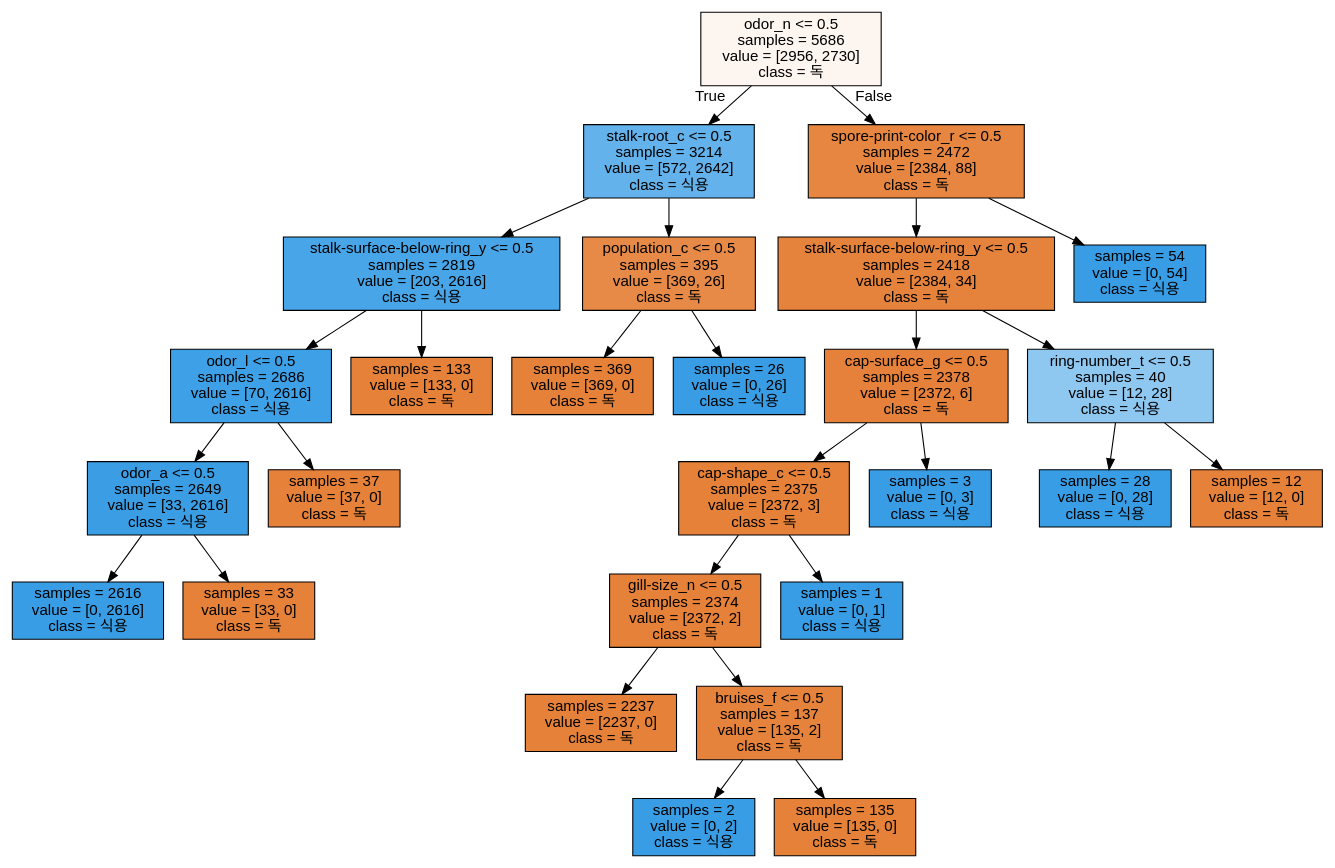
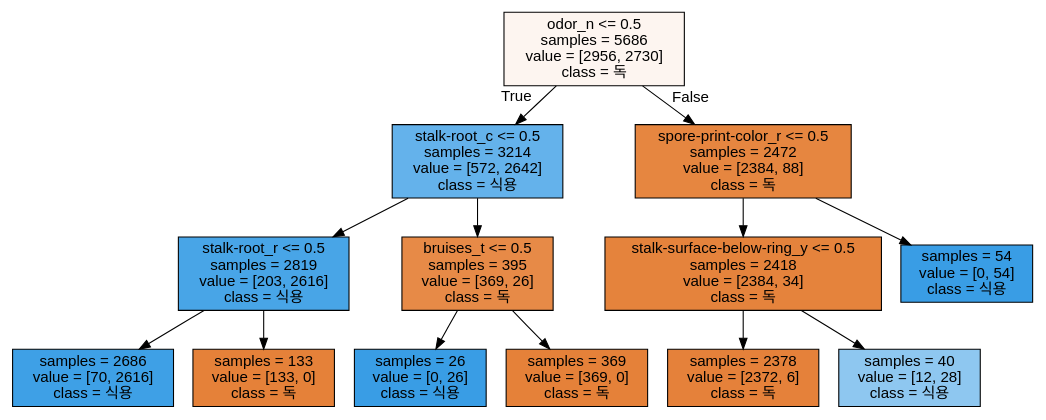
The diagram in tree.dot (yj901010/machineLearning), drawn with Graphviz before and after one commit. The commit also changed 7 other files, not shown here.

```diff
--- a/tree.dot
+++ b/tree.dot
@@ -1,57 +1,29 @@
 digraph Tree {
 node [shape=box, style="filled", color="black", fontname="helvetica"] ;
 edge [fontname="helvetica"] ;
 0 [label="odor_n <= 0.5\nsamples = 5686\nvalue = [2956, 2730]\nclass = 독", fillcolor="#fdf5f0"] ;
 1 [label="stalk-root_c <= 0.5\nsamples = 3214\nvalue = [572, 2642]\nclass = 식용", fillcolor="#64b2eb"] ;
 0 -> 1 [labeldistance=2.5, labelangle=45, headlabel="True"] ;
-2 [label="stalk-surface-below-ring_y <= 0.5\nsamples = 2819\nvalue = [203, 2616]\nclass = 식용", fillcolor="#48a5e7"] ;
+2 [label="stalk-root_r <= 0.5\nsamples = 2819\nvalue = [203, 2616]\nclass = 식용", fillcolor="#48a5e7"] ;
 1 -> 2 ;
-3 [label="odor_l <= 0.5\nsamples = 2686\nvalue = [70, 2616]\nclass = 식용", fillcolor="#3ea0e6"] ;
+3 [label="samples = 2686\nvalue = [70, 2616]\nclass = 식용", fillcolor="#3ea0e6"] ;
 2 -> 3 ;
-4 [label="odor_a <= 0.5\nsamples = 2649\nvalue = [33, 2616]\nclass = 식용", fillcolor="#3b9ee5"] ;
-3 -> 4 ;
-5 [label="samples = 2616\nvalue = [0, 2616]\nclass = 식용", fillcolor="#399de5"] ;
-4 -> 5 ;
-6 [label="samples = 33\nvalue = [33, 0]\nclass = 독", fillcolor="#e58139"] ;
-4 -> 6 ;
-7 [label="samples = 37\nvalue = [37, 0]\nclass = 독", fillcolor="#e58139"] ;
-3 -> 7 ;
-8 [label="samples = 133\nvalue = [133, 0]\nclass = 독", fillcolor="#e58139"] ;
-2 -> 8 ;
-9 [label="population_c <= 0.5\nsamples = 395\nvalue = [369, 26]\nclass = 독", fillcolor="#e78a47"] ;
-1 -> 9 ;
-10 [label="samples = 369\nvalue = [369, 0]\nclass = 독", fillcolor="#e58139"] ;
+4 [label="samples = 133\nvalue = [133, 0]\nclass = 독", fillcolor="#e58139"] ;
+2 -> 4 ;
+5 [label="bruises_t <= 0.5\nsamples = 395\nvalue = [369, 26]\nclass = 독", fillcolor="#e78a47"] ;
+1 -> 5 ;
+6 [label="samples = 26\nvalue = [0, 26]\nclass = 식용", fillcolor="#399de5"] ;
+5 -> 6 ;
+7 [label="samples = 369\nvalue = [369, 0]\nclass = 독", fillcolor="#e58139"] ;
+5 -> 7 ;
+8 [label="spore-print-color_r <= 0.5\nsamples = 2472\nvalue = [2384, 88]\nclass = 독", fillcolor="#e68640"] ;
+0 -> 8 [labeldistance=2.5, labelangle=-45, headlabel="False"] ;
+9 [label="stalk-surface-below-ring_y <= 0.5\nsamples = 2418\nvalue = [2384, 34]\nclass = 독", fillcolor="#e5833c"] ;
+8 -> 9 ;
+10 [label="samples = 2378\nvalue = [2372, 6]\nclass = 독", fillcolor="#e5813a"] ;
 9 -> 10 ;
-11 [label="samples = 26\nvalue = [0, 26]\nclass = 식용", fillcolor="#399de5"] ;
+11 [label="samples = 40\nvalue = [12, 28]\nclass = 식용", fillcolor="#8ec7f0"] ;
 9 -> 11 ;
-12 [label="spore-print-color_r <= 0.5\nsamples = 2472\nvalue = [2384, 88]\nclass = 독", fillcolor="#e68640"] ;
-0 -> 12 [labeldistance=2.5, labelangle=-45, headlabel="False"] ;
-13 [label="stalk-surface-below-ring_y <= 0.5\nsamples = 2418\nvalue = [2384, 34]\nclass = 독", fillcolor="#e5833c"] ;
-12 -> 13 ;
-14 [label="cap-surface_g <= 0.5\nsamples = 2378\nvalue = [2372, 6]\nclass = 독", fillcolor="#e5813a"] ;
-13 -> 14 ;
-15 [label="cap-shape_c <= 0.5\nsamples = 2375\nvalue = [2372, 3]\nclass = 독", fillcolor="#e58139"] ;
-14 -> 15 ;
-16 [label="gill-size_n <= 0.5\nsamples = 2374\nvalue = [2372, 2]\nclass = 독", fillcolor="#e58139"] ;
-15 -> 16 ;
-17 [label="samples = 2237\nvalue = [2237, 0]\nclass = 독", fillcolor="#e58139"] ;
-16 -> 17 ;
-18 [label="bruises_f <= 0.5\nsamples = 137\nvalue = [135, 2]\nclass = 독", fillcolor="#e5833c"] ;
-16 -> 18 ;
-19 [label="samples = 2\nvalue = [0, 2]\nclass = 식용", fillcolor="#399de5"] ;
-18 -> 19 ;
-20 [label="samples = 135\nvalue = [135, 0]\nclass = 독", fillcolor="#e58139"] ;
-18 -> 20 ;
-21 [label="samples = 1\nvalue = [0, 1]\nclass = 식용", fillcolor="#399de5"] ;
-15 -> 21 ;
-22 [label="samples = 3\nvalue = [0, 3]\nclass = 식용", fillcolor="#399de5"] ;
-14 -> 22 ;
-23 [label="ring-number_t <= 0.5\nsamples = 40\nvalue = [12, 28]\nclass = 식용", fillcolor="#8ec7f0"] ;
-13 -> 23 ;
-24 [label="samples = 28\nvalue = [0, 28]\nclass = 식용", fillcolor="#399de5"] ;
-23 -> 24 ;
-25 [label="samples = 12\nvalue = [12, 0]\nclass = 독", fillcolor="#e58139"] ;
-23 -> 25 ;
-26 [label="samples = 54\nvalue = [0, 54]\nclass = 식용", fillcolor="#399de5"] ;
-12 -> 26 ;
+12 [label="samples = 54\nvalue = [0, 54]\nclass = 식용", fillcolor="#399de5"] ;
+8 -> 12 ;
 }
```
